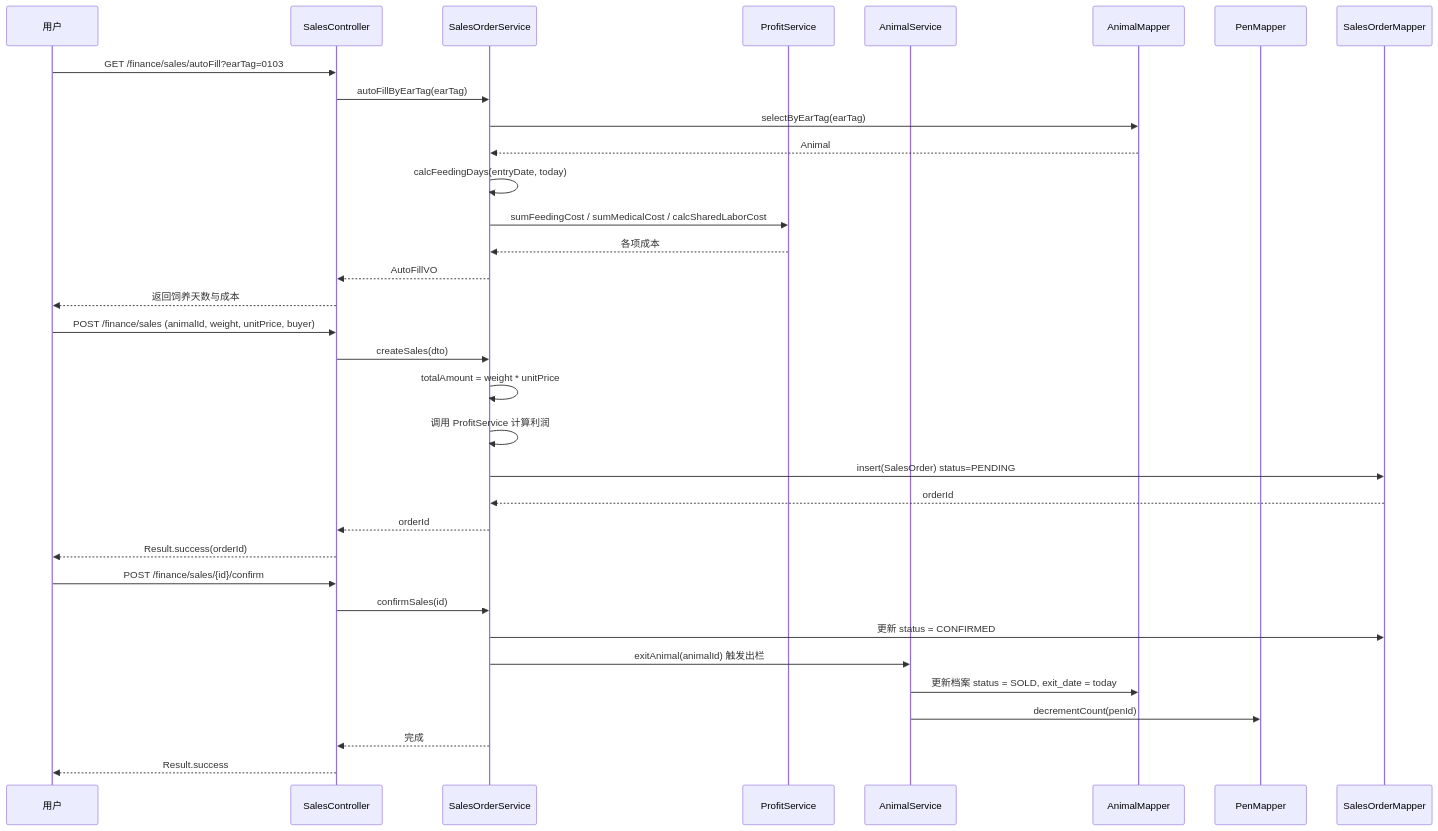
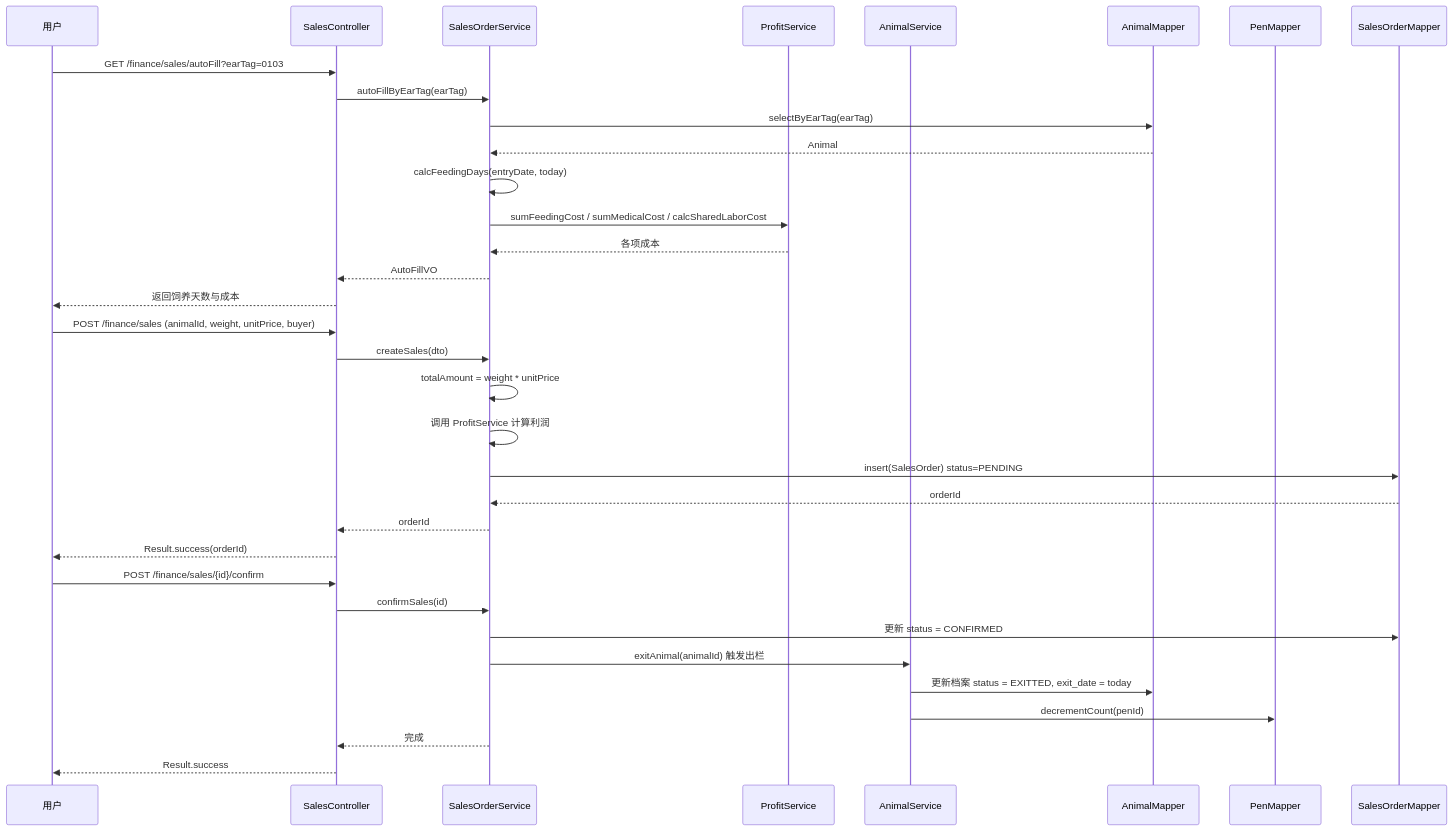
Before and after one commit to KeepRising-l/livestockBreedingSystem: the fourth of 4 diagrams in docs/LLD-智能养殖信息管理系统.md, drawn with Mermaid. The commit also changed other lines of this file and 5 other files, not shown here.

````diff
--- a/docs/LLD-智能养殖信息管理系统.md
+++ b/docs/LLD-智能养殖信息管理系统.md
@@ -2934,39 +2928,39 @@
 ```mermaid
 sequenceDiagram
     participant U as 用户
     participant SC as SalesController
     participant SS as SalesOrderService
     participant PS as ProfitService
     participant AS as AnimalService
     participant AM as AnimalMapper
     participant PM as PenMapper
     participant SM as SalesOrderMapper
 
     U->>SC: GET /finance/sales/autoFill?earTag=0103
     SC->>SS: autoFillByEarTag(earTag)
     SS->>AM: selectByEarTag(earTag)
     AM-->>SS: Animal
     SS->>SS: calcFeedingDays(entryDate, today)
     SS->>PS: sumFeedingCost / sumMedicalCost / calcSharedLaborCost
     PS-->>SS: 各项成本
     SS-->>SC: AutoFillVO
     SC-->>U: 返回饲养天数与成本
 
     U->>SC: POST /finance/sales (animalId, weight, unitPrice, buyer)
     SC->>SS: createSales(dto)
     SS->>SS: totalAmount = weight * unitPrice
     SS->>SS: 调用 ProfitService 计算利润
     SS->>SM: insert(SalesOrder) status=PENDING
     SM-->>SS: orderId
     SS-->>SC: orderId
     SC-->>U: Result.success(orderId)
 
     U->>SC: POST /finance/sales/{id}/confirm
     SC->>SS: confirmSales(id)
     SS->>SM: 更新 status = CONFIRMED
     SS->>AS: exitAnimal(animalId) 触发出栏
-    AS->>AM: 更新档案 status = SOLD, exit_date = today
+    AS->>AM: 更新档案 status = EXITTED, exit_date = today
     AS->>PM: decrementCount(penId)
     SS-->>SC: 完成
     SC-->>U: Result.success
 ```
````
